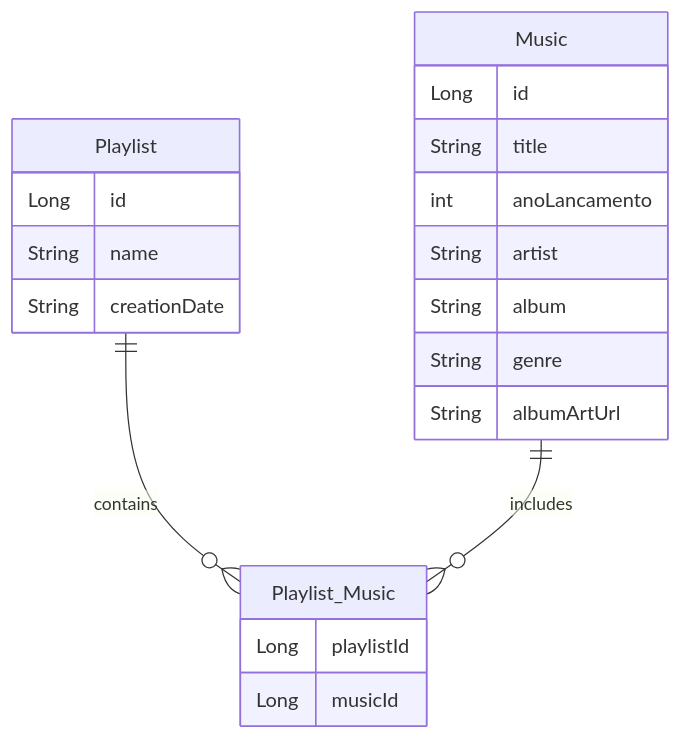
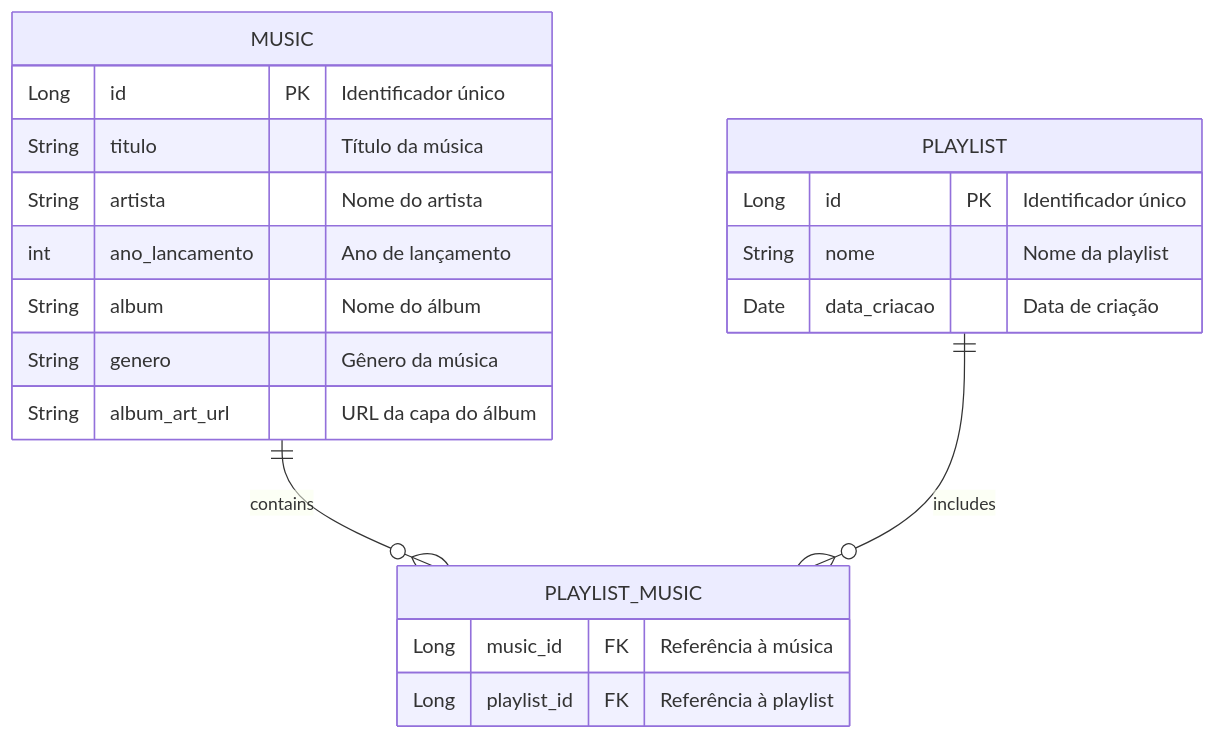
The diagram in README.md (laiscrz/playmix-application-mvc), drawn with Mermaid before and after one commit. The commit also changed other lines of this file, not shown here.

````diff
--- a/README.md
+++ b/README.md
@@ -23,26 +23,26 @@
 ```mermaid
 erDiagram
-    Playlist {
-        Long id
-        String name
-        String creationDate
+    MUSIC {
+        Long id PK "Identificador único"
+        String titulo "Título da música"
+        String artista "Nome do artista"
+        int ano_lancamento "Ano de lançamento"
+        String album "Nome do álbum"
+        String genero "Gênero da música"
+        String album_art_url "URL da capa do álbum"
     }
 
-    Music {
-        Long id
-        String title
-        int anoLancamento
-        String artist
-        String album
-        String genre
-        String albumArtUrl 
+    PLAYLIST {
+        Long id PK "Identificador único"
+        String nome "Nome da playlist"
+        Date data_criacao "Data de criação"
     }
 
-    Playlist_Music {
-        Long playlistId
-        Long musicId
+    PLAYLIST_MUSIC {
+        Long music_id FK "Referência à música"
+        Long playlist_id FK "Referência à playlist"
     }
 
-    Playlist ||--o{ Playlist_Music : contains
-    Music ||--o{ Playlist_Music : includes
+    MUSIC ||--o{ PLAYLIST_MUSIC : contains
+    PLAYLIST ||--o{ PLAYLIST_MUSIC : includes
 ```
````
